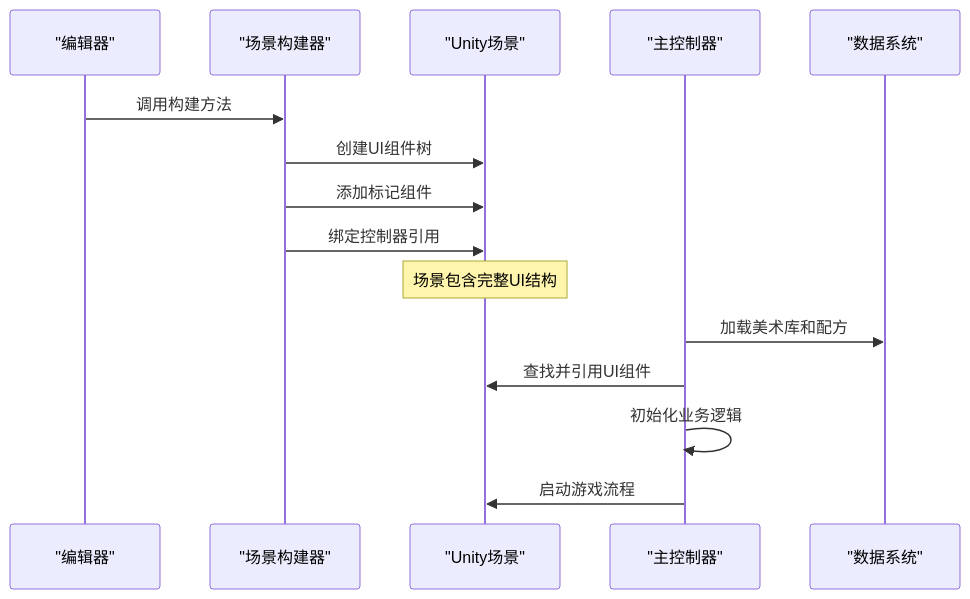
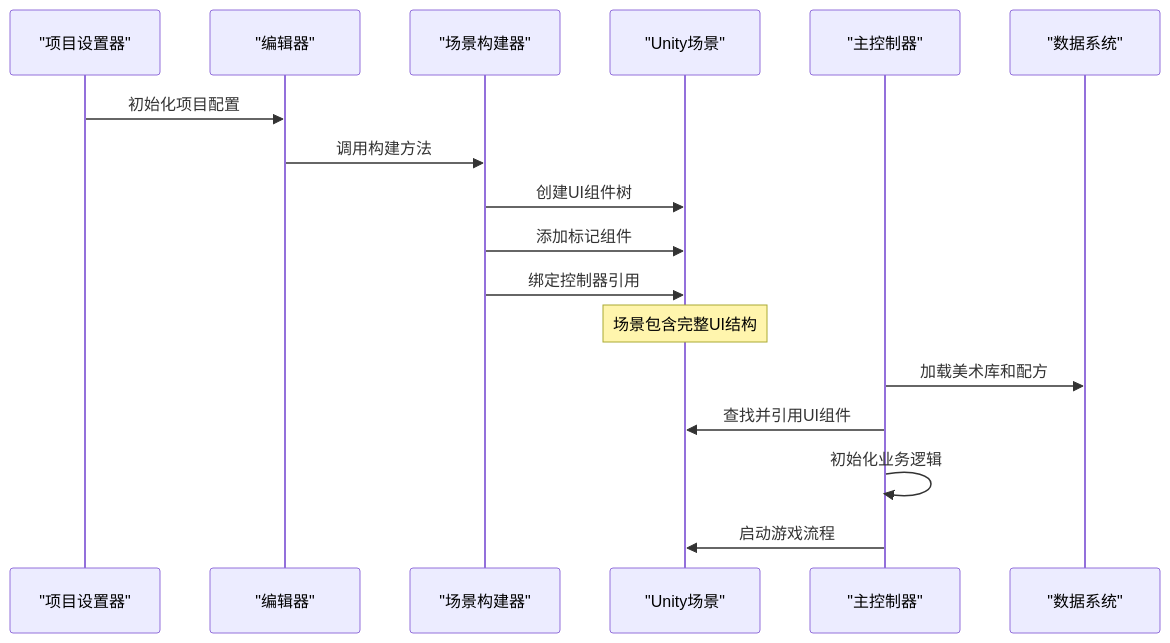
One commit to Thanatos42/-demo changed the second of 4 diagrams in .qoder/repowiki/zh/content/核心系统详解/核心系统详解.md. Above: the diagram before and after it, drawn with Mermaid. The commit also changed other lines of this file and 77 other files, not shown here.

````diff
--- a/.qoder/repowiki/zh/content/核心系统详解/核心系统详解.md
+++ b/.qoder/repowiki/zh/content/核心系统详解/核心系统详解.md
@@ -113,17 +129,19 @@
 ```mermaid
 sequenceDiagram
+participant Project as "项目设置器"
 participant Editor as "编辑器"
 participant Builder as "场景构建器"
 participant Scene as "Unity场景"
 participant Controller as "主控制器"
 participant Data as "数据系统"
+Project->>Editor : 初始化项目配置
 Editor->>Builder : 调用构建方法
 Builder->>Scene : 创建UI组件树
 Builder->>Scene : 添加标记组件
 Builder->>Scene : 绑定控制器引用
 Note over Scene : 场景包含完整UI结构
 Controller->>Data : 加载美术库和配方
 Controller->>Scene : 查找并引用UI组件
 Controller->>Controller : 初始化业务逻辑
 Controller->>Scene : 启动游戏流程
 ```
````
